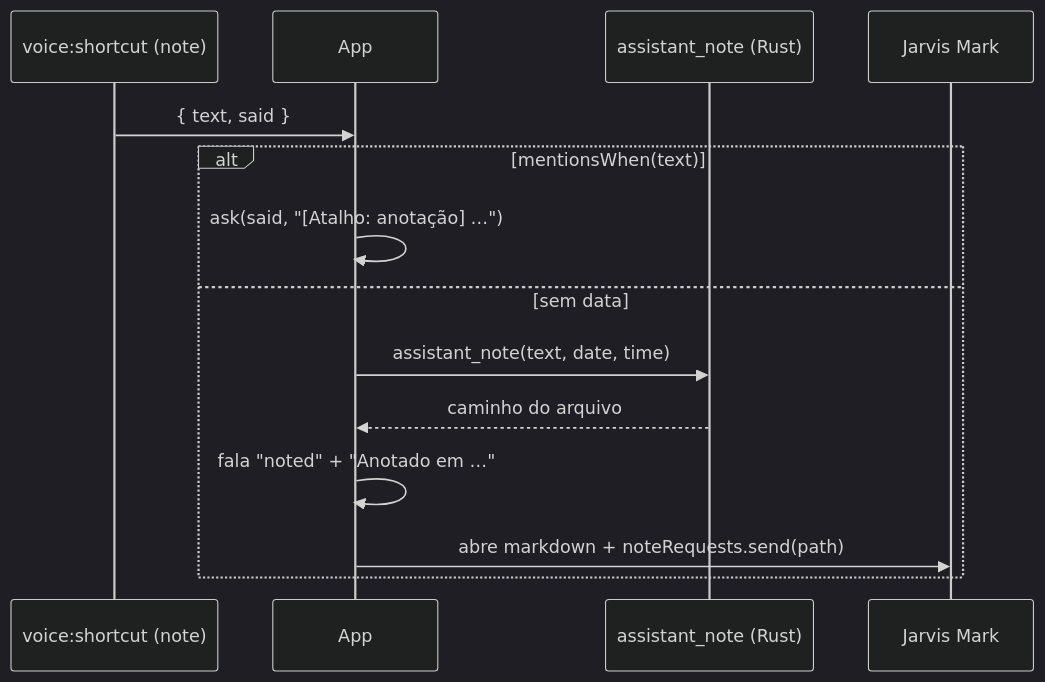
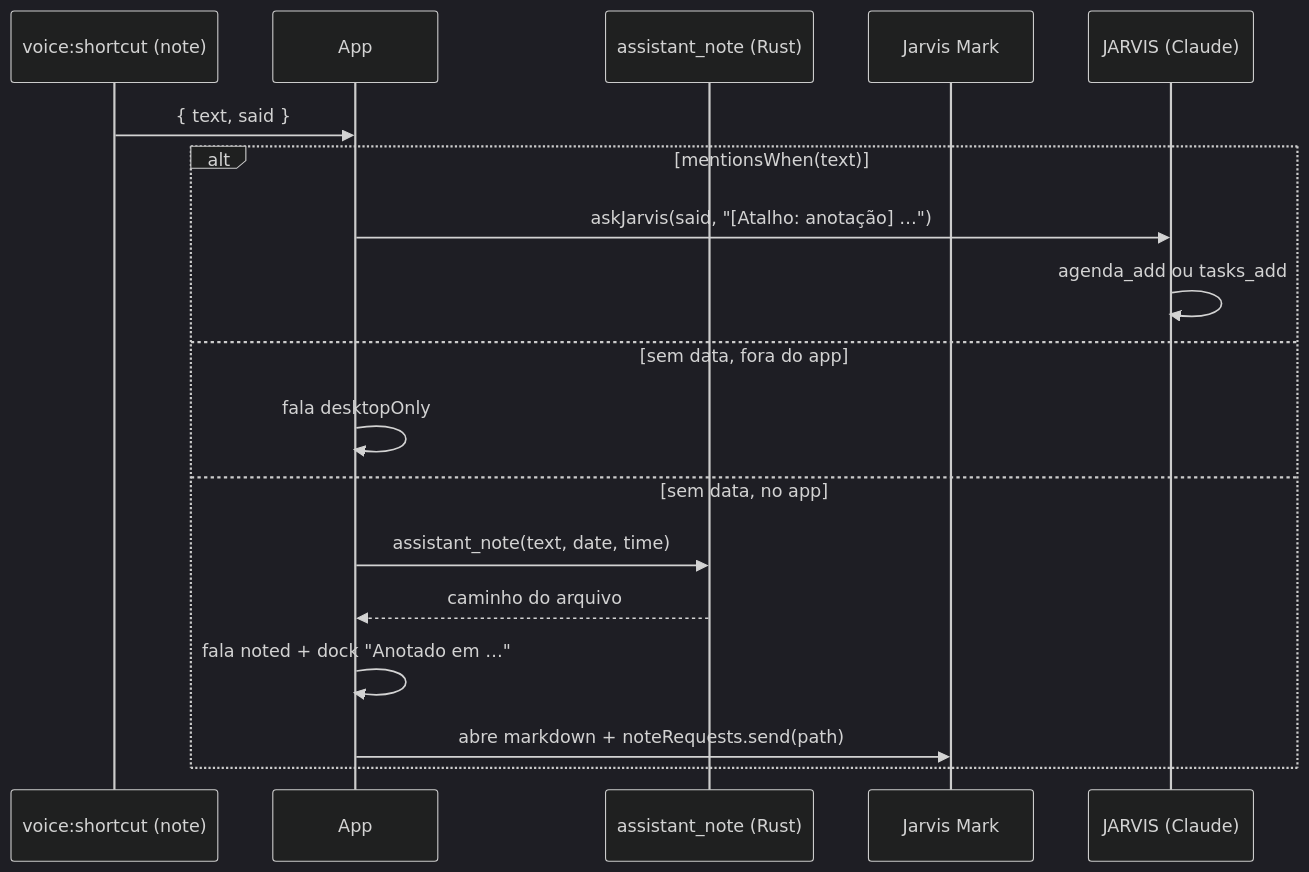
The diagram in .specs/features/quick-notes/spec.md (felipeAguiarCode/jvOS), drawn with Mermaid (dark theme) before and after one commit. The commit also changed other lines of this file and 90 other files, not shown here.

````diff
--- a/.specs/features/quick-notes/spec.md
+++ b/.specs/features/quick-notes/spec.md
@@ -156,16 +232,20 @@
 ```mermaid
 sequenceDiagram
   participant V as voice:shortcut (note)
   participant A as App
   participant R as assistant_note (Rust)
   participant M as Jarvis Mark
+  participant J as JARVIS (Claude)
   V->>A: { text, said }
   alt mentionsWhen(text)
-    A->>A: ask(said, "[Atalho: anotação] …")
-  else sem data
+    A->>J: askJarvis(said, "[Atalho: anotação] …")
+    J->>J: agenda_add ou tasks_add
+  else sem data, fora do app
+    A->>A: fala desktopOnly
+  else sem data, no app
     A->>R: assistant_note(text, date, time)
     R-->>A: caminho do arquivo
-    A->>A: fala "noted" + "Anotado em …"
+    A->>A: fala noted + dock "Anotado em …"
     A->>M: abre markdown + noteRequests.send(path)
   end
 ```
````
